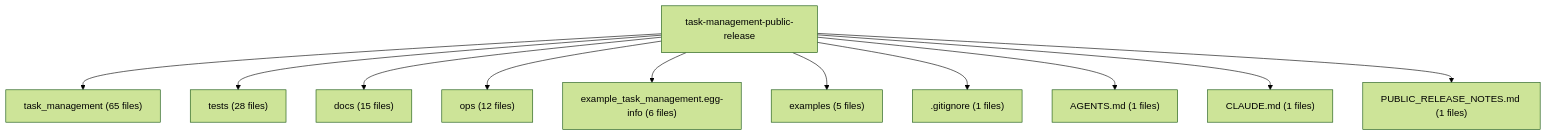
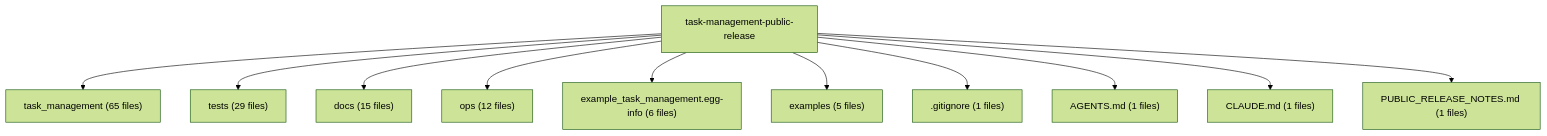
The diagram in docs/codeboarding/architecture.md (KOBIC-KBDS/task-management-clean-public), drawn with Mermaid (forest theme) before and after one commit. The commit also changed other lines of this file and 21 other files, not shown here.

````diff
--- a/docs/codeboarding/architecture.md
+++ b/docs/codeboarding/architecture.md
@@ -9,24 +9,24 @@
 ```mermaid
 flowchart TD
   repo["task-management-public-release"]
   module_task_management["task_management (65 files)"]
   repo --> module_task_management
-  module_tests["tests (28 files)"]
+  module_tests["tests (29 files)"]
   repo --> module_tests
   module_docs["docs (15 files)"]
   repo --> module_docs
   module_ops["ops (12 files)"]
   repo --> module_ops
   module_example_task_management_egg_info["example_task_management.egg-info (6 files)"]
   repo --> module_example_task_management_egg_info
   module_examples["examples (5 files)"]
   repo --> module_examples
   module_gitignore[".gitignore (1 files)"]
   repo --> module_gitignore
   module_AGENTS_md["AGENTS.md (1 files)"]
   repo --> module_AGENTS_md
   module_CLAUDE_md["CLAUDE.md (1 files)"]
   repo --> module_CLAUDE_md
   module_PUBLIC_RELEASE_NOTES_md["PUBLIC_RELEASE_NOTES.md (1 files)"]
   repo --> module_PUBLIC_RELEASE_NOTES_md
 ```
````
